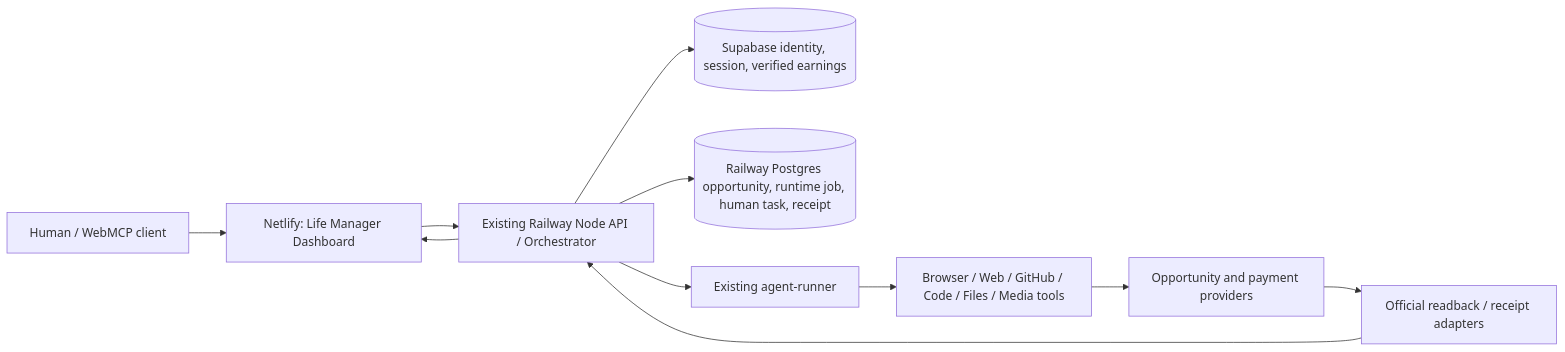
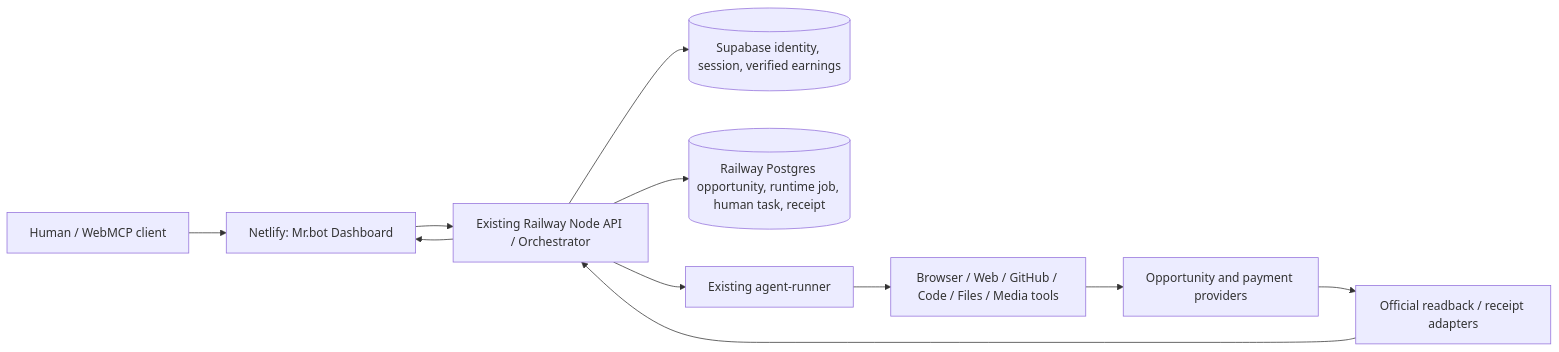
One commit to Daisuke134/anicca changed the second of 2 diagrams in docs/superpowers/specs/2026-08-28-webmcp-challenge-winning-contract.md. Above: the diagram before and after it, drawn with Mermaid. The commit also changed other lines of this file and 2118 other files, not shown here.

````diff
--- a/docs/superpowers/specs/2026-08-28-webmcp-challenge-winning-contract.md
+++ b/docs/superpowers/specs/2026-08-28-webmcp-challenge-winning-contract.md
@@ -825,13 +825,13 @@
 ```mermaid
 flowchart LR
-    H[Human / WebMCP client] --> UI[Netlify: Life Manager Dashboard]
+    H[Human / WebMCP client] --> UI[Netlify: Mr.bot Dashboard]
     UI --> API[Existing Railway Node API / Orchestrator]
     API --> ID[(Supabase identity, session, verified earnings)]
     API --> DB[(Railway Postgres opportunity, runtime job, human task, receipt)]
     API --> AR[Existing agent-runner]
     AR --> T[Browser / Web / GitHub / Code / Files / Media tools]
     T --> P[Opportunity and payment providers]
     P --> R[Official readback / receipt adapters]
     R --> API
     API --> UI
 ```
````
